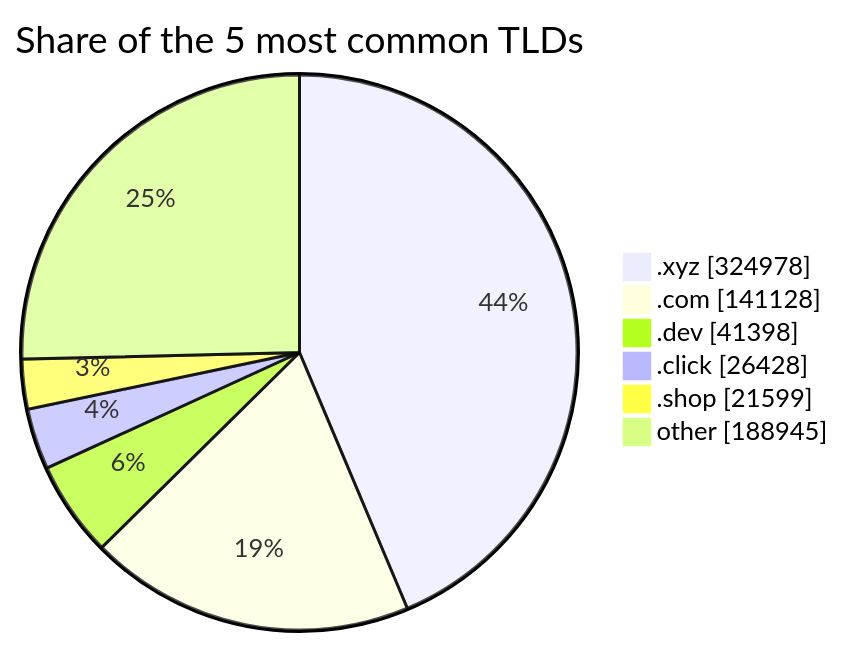
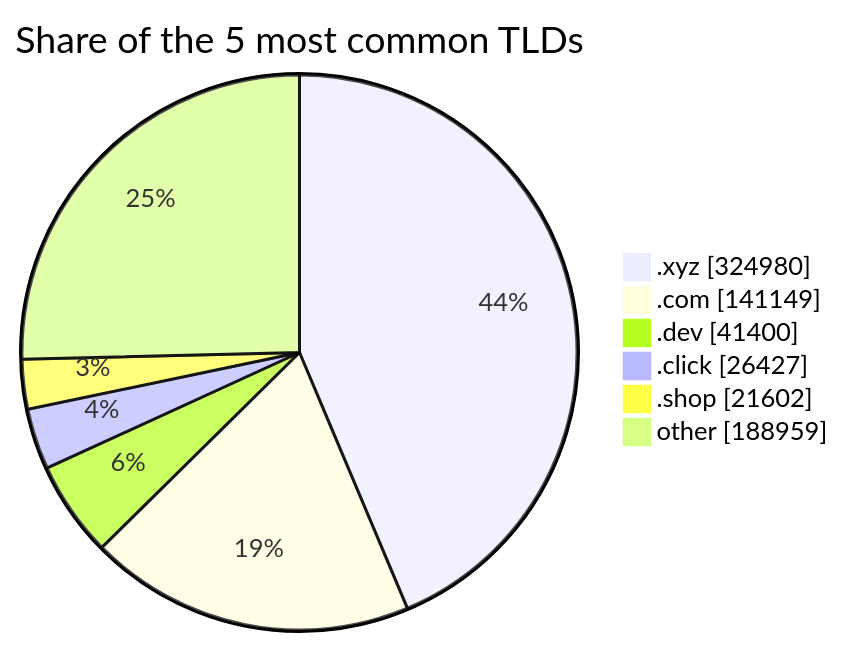
One commit to DNSBunker/CTI changed the third of 3 diagrams in README.md. Above: the diagram before and after it, drawn with Mermaid. The commit also changed other lines of this file and 3 other files, not shown here.

````diff
--- a/README.md
+++ b/README.md
@@ -81,9 +81,9 @@
 ```mermaid
 pie showData title Share of the 5 most common TLDs
-    ".xyz" : 324978
-    ".com" : 141128
-    ".dev" : 41398
-    ".click" : 26428
-    ".shop" : 21599
-    "other" : 188945
+    ".xyz" : 324980
+    ".com" : 141149
+    ".dev" : 41400
+    ".click" : 26427
+    ".shop" : 21602
+    "other" : 188959
 ```
````
